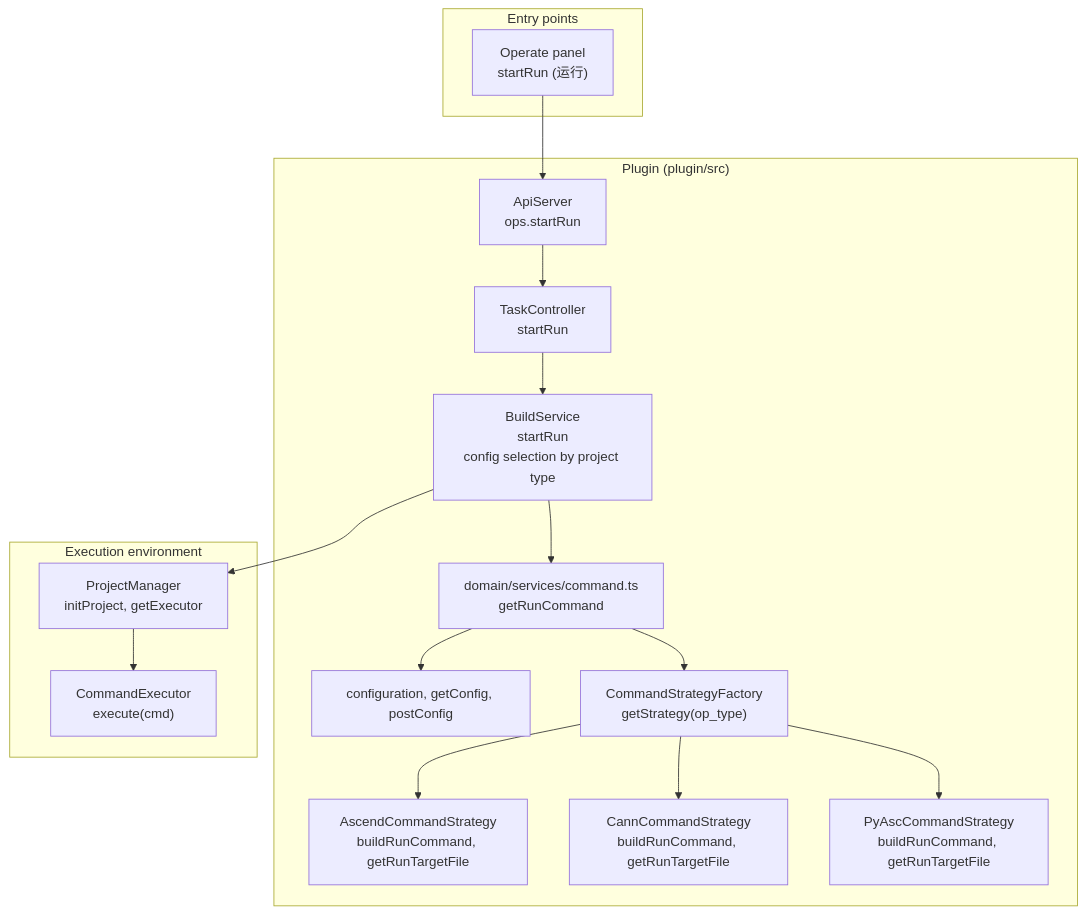
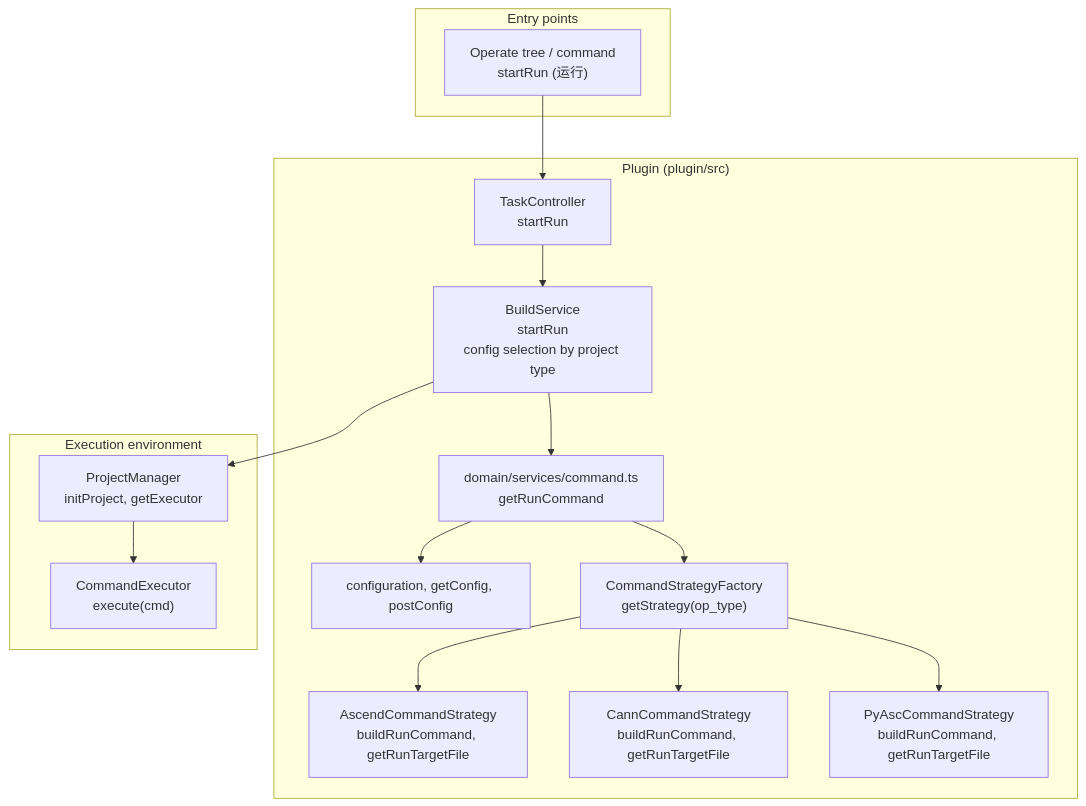
One commit to IdeFrontend/opdev_plugin changed the second of 4 diagrams in docs/run-integration.md. Above: the diagram before and after it, drawn with Mermaid. The commit also changed other lines of this file and 74 other files, not shown here.

````diff
--- a/docs/run-integration.md
+++ b/docs/run-integration.md
@@ -59,32 +57,31 @@
 ```mermaid
 flowchart TB
   subgraph Entry["Entry points"]
-    Operate["Operate panel\nstartRun (运行)"]
+    Tree["Operate tree / command\nstartRun (运行)"]
   end
 
   subgraph Plugin["Plugin (plugin/src)"]
-    ApiSrv["ApiServer\nops.startRun"]
     TaskCtrl["TaskController\nstartRun"]
     BuildSvc["BuildService\nstartRun\nconfig selection by project type"]
     DomainCmd["domain/services/command.ts\ngetRunCommand"]
     ConfigSvc["configuration, getConfig, postConfig"]
     StrategyFactory["CommandStrategyFactory\ngetStrategy(op_type)"]
     Ascend["AscendCommandStrategy\nbuildRunCommand, getRunTargetFile"]
     Cann["CannCommandStrategy\nbuildRunCommand, getRunTargetFile"]
     PyAsc["PyAscCommandStrategy\nbuildRunCommand, getRunTargetFile"]
   end
 
   subgraph Env["Execution environment"]
     PM["ProjectManager\ninitProject, getExecutor"]
     Executor["CommandExecutor\nexecute(cmd)"]
   end
 
-  Operate --> ApiSrv --> TaskCtrl --> BuildSvc
+  Tree --> TaskCtrl --> BuildSvc
   BuildSvc --> DomainCmd
   DomainCmd --> ConfigSvc
   DomainCmd --> StrategyFactory
   StrategyFactory --> Ascend
   StrategyFactory --> Cann
   StrategyFactory --> PyAsc
   BuildSvc --> PM --> Executor
 ```
````
